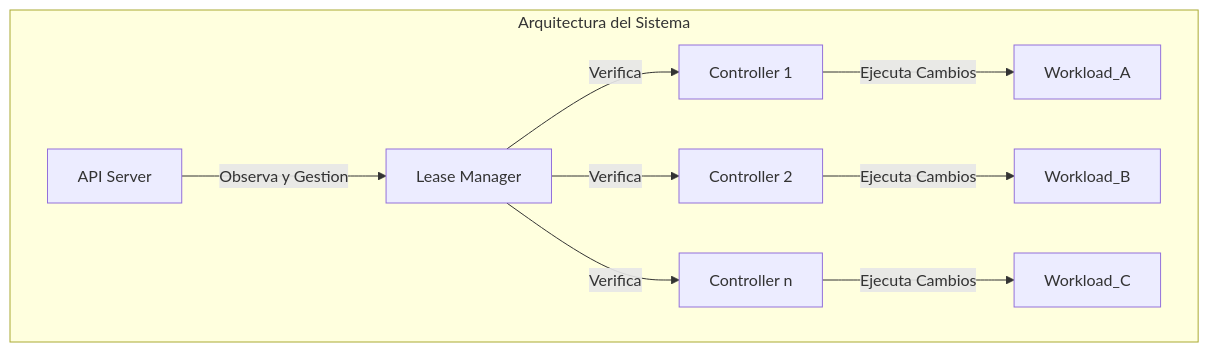
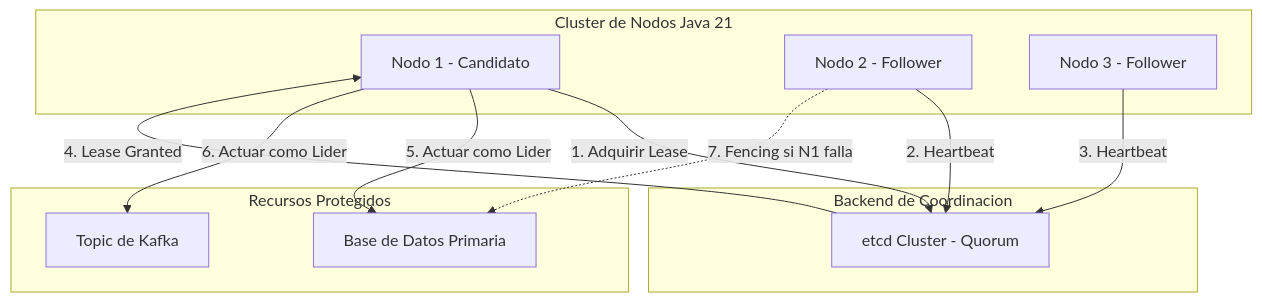
Before and after one commit to Joaquinriosheredia/DAM-Java-Mastery: the diagram in _Review/leader_election_en_sistemas_distribuidos/leader_election_en_sistemas_distribuidos.md, drawn with Mermaid. The commit also changed other lines of this file, not shown here.

First line of the commit message:
Leader Election en Sistemas Distribuidos con Java 21

````diff
--- a/_Review/leader_election_en_sistemas_distribuidos/leader_election_en_sistemas_distribuidos.md
+++ b/_Review/leader_election_en_sistemas_distribuidos/leader_election_en_sistemas_distribuidos.md
@@ -87,19 +57,27 @@
 ```mermaid
 graph TD
-    subgraph "Arquitectura del Sistema"
-        API_Server[API Server]
-        Lease_Manager[Lease Manager]
-        Controller_1[Controller 1]
-        Controller_2[Controller 2]
-        Controller_n[Controller n]
-        
-        API_Server -->|Observa y Gestion| Lease_Manager
-        Lease_Manager -->|Verifica| Controller_1
-        Lease_Manager -->|Verifica| Controller_2
-        Lease_Manager -->|Verifica| Controller_n
-        
-        Controller_1 -->|Ejecuta Cambios| Workload_A
-        Controller_2 -->|Ejecuta Cambios| Workload_B
-        Controller_n -->|Ejecuta Cambios| Workload_C
+    subgraph Cluster de Nodos Java 21
+        N1[Nodo 1 - Candidato]
+        N2[Nodo 2 - Follower]
+        N3[Nodo 3 - Follower]
     end
+    
+    subgraph Backend de Coordinacion
+        ETCD[etcd Cluster - Quorum]
+    end
+    
+    subgraph Recursos Protegidos
+        DB[Base de Datos Primaria]
+        KAFKA[Topic de Kafka]
+    end
+    
+    N1 -->|1. Adquirir Lease| ETCD
+    N2 -->|2. Heartbeat| ETCD
+    N3 -->|3. Heartbeat| ETCD
+    
+    ETCD -->|4. Lease Granted| N1
+    N1 -->|5. Actuar como Lider| DB
+    N1 -->|6. Actuar como Lider| KAFKA
+    
+    N2 -.->|7. Fencing si N1 falla| DB
 ```
````
